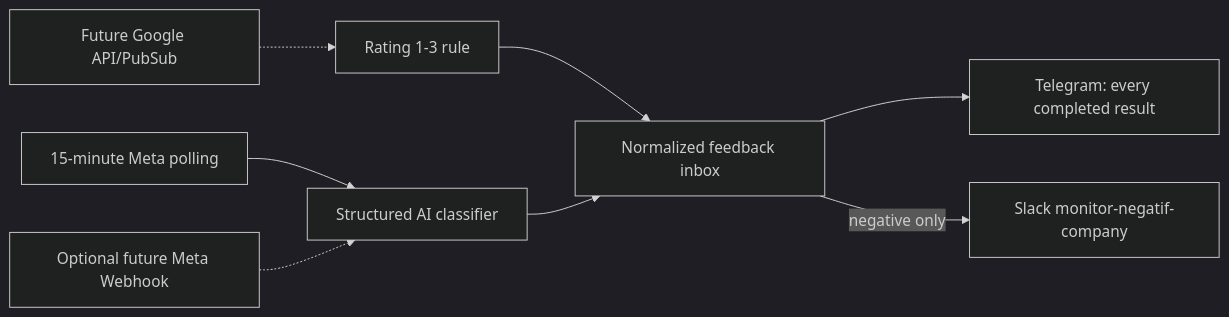
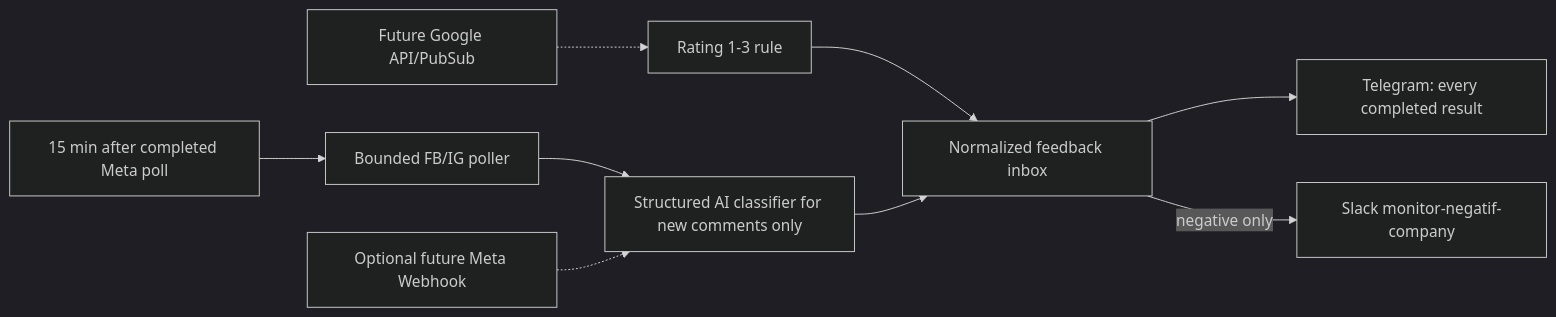
The first of 13 diagrams in docs/technical/FLOW_MAP.md (nunutech40/company-detector-bot), drawn with Mermaid (dark theme) before and after one commit. The commit also changed other lines of this file and 22 other files, not shown here.

````diff
--- a/docs/technical/FLOW_MAP.md
+++ b/docs/technical/FLOW_MAP.md
@@ -106,10 +106,11 @@
 ```mermaid
 flowchart LR
-  Timer["15-minute Meta polling"] --> MetaAI["Structured AI classifier"]
+  Timer["15 min after completed Meta poll"] --> Poller["Bounded FB/IG poller"]
+  Poller --> MetaAI["Structured AI classifier for new comments only"]
   MetaWebhook["Optional future Meta Webhook"] -.-> MetaAI
   Google["Future Google API/PubSub"] -.-> GoogleRule["Rating 1-3 rule"]
   GoogleRule --> Inbox["Normalized feedback inbox"]
   MetaAI --> Inbox
   Inbox --> Telegram["Telegram: every completed result"]
   Inbox -->|negative only| Slack["Slack monitor-negatif-company"]
 ```
````
